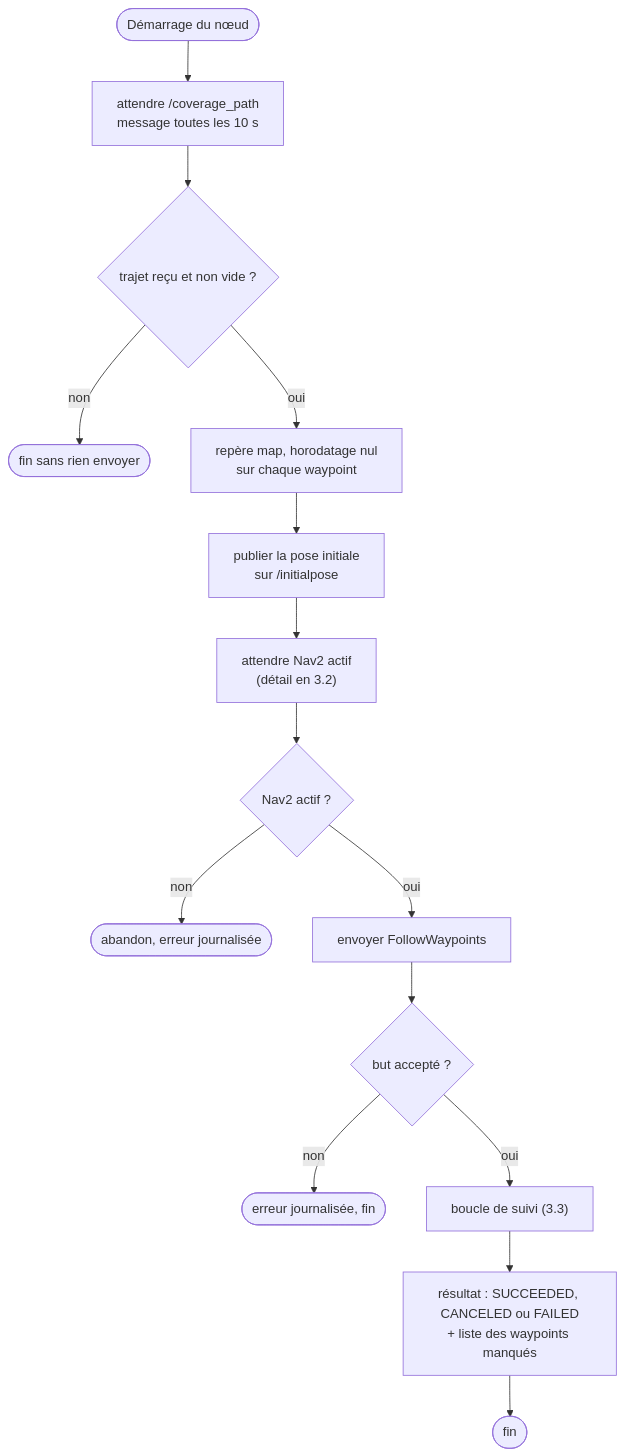
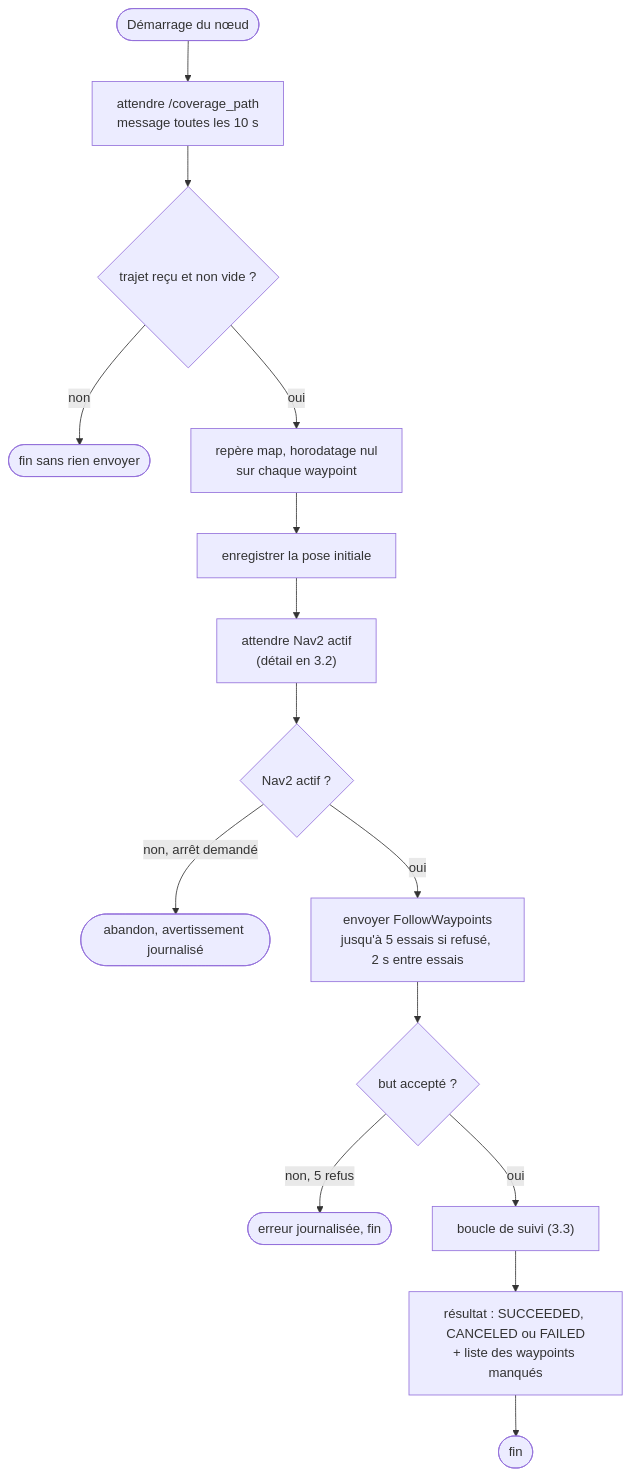
One commit to Maximator13/robot-aspirateur-ros2 changed the sixth of 9 diagrams in docs/ALGORIGRAMMES.md. Above: the diagram before and after it, drawn with Mermaid. The commit also changed other lines of this file and 13 other files, not shown here.

````diff
--- a/docs/ALGORIGRAMMES.md
+++ b/docs/ALGORIGRAMMES.md
@@ -146,17 +146,17 @@
 ```mermaid
 flowchart TD
     A(["Démarrage du nœud"]) --> B["attendre /coverage_path<br/>message toutes les 10 s"]
     B --> C{"trajet reçu et non vide ?"}
     C -- "non" --> FIN0(["fin sans rien envoyer"])
     C -- "oui" --> D["repère map, horodatage nul<br/>sur chaque waypoint"]
-    D --> E["publier la pose initiale<br/>sur /initialpose"]
+    D --> E["enregistrer la pose initiale"]
     E --> F["attendre Nav2 actif<br/>(détail en 3.2)"]
     F --> G{"Nav2 actif ?"}
-    G -- "non" --> FIN1(["abandon, erreur journalisée"])
-    G -- "oui" --> H["envoyer FollowWaypoints"]
+    G -- "non, arrêt demandé" --> FIN1(["abandon, avertissement journalisé"])
+    G -- "oui" --> H["envoyer FollowWaypoints<br/>jusqu'à 5 essais si refusé, 2 s entre essais"]
     H --> I{"but accepté ?"}
-    I -- "non" --> FIN2(["erreur journalisée, fin"])
+    I -- "non, 5 refus" --> FIN2(["erreur journalisée, fin"])
     I -- "oui" --> J["boucle de suivi (3.3)"]
     J --> K["résultat : SUCCEEDED, CANCELED ou FAILED<br/>+ liste des waypoints manqués"]
     K --> FIN3(["fin"])
 ```
````
